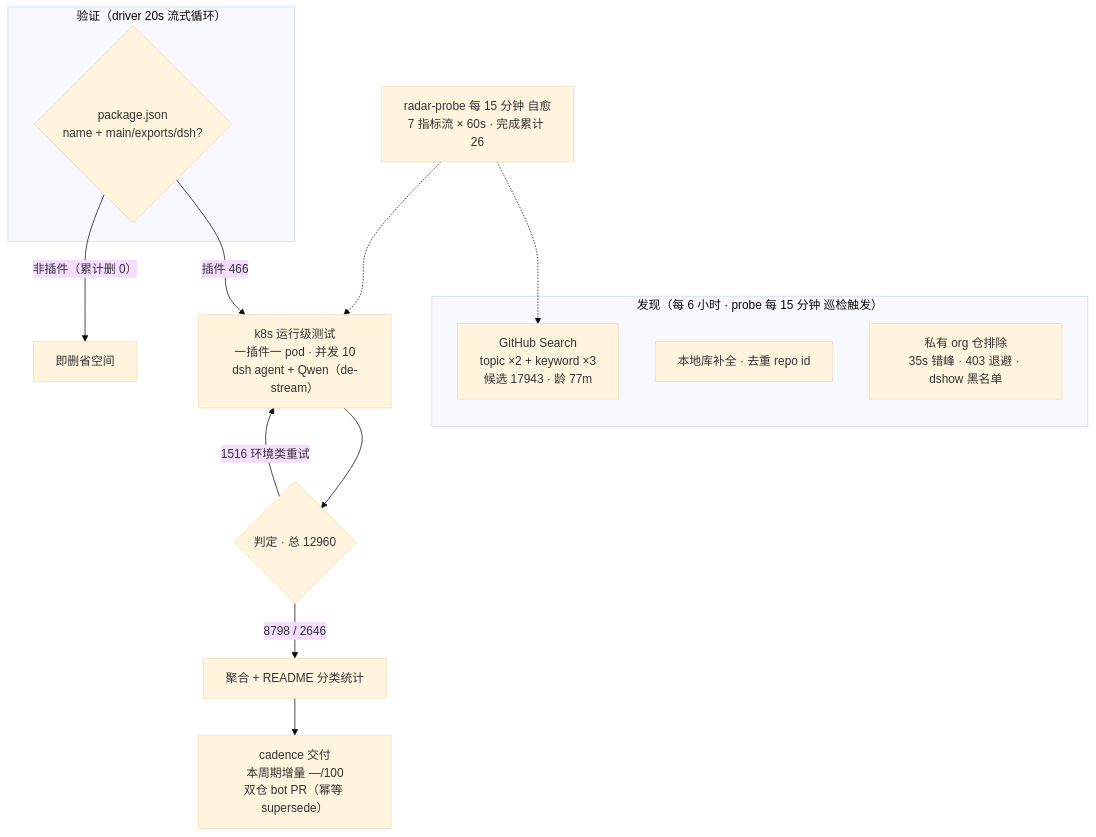
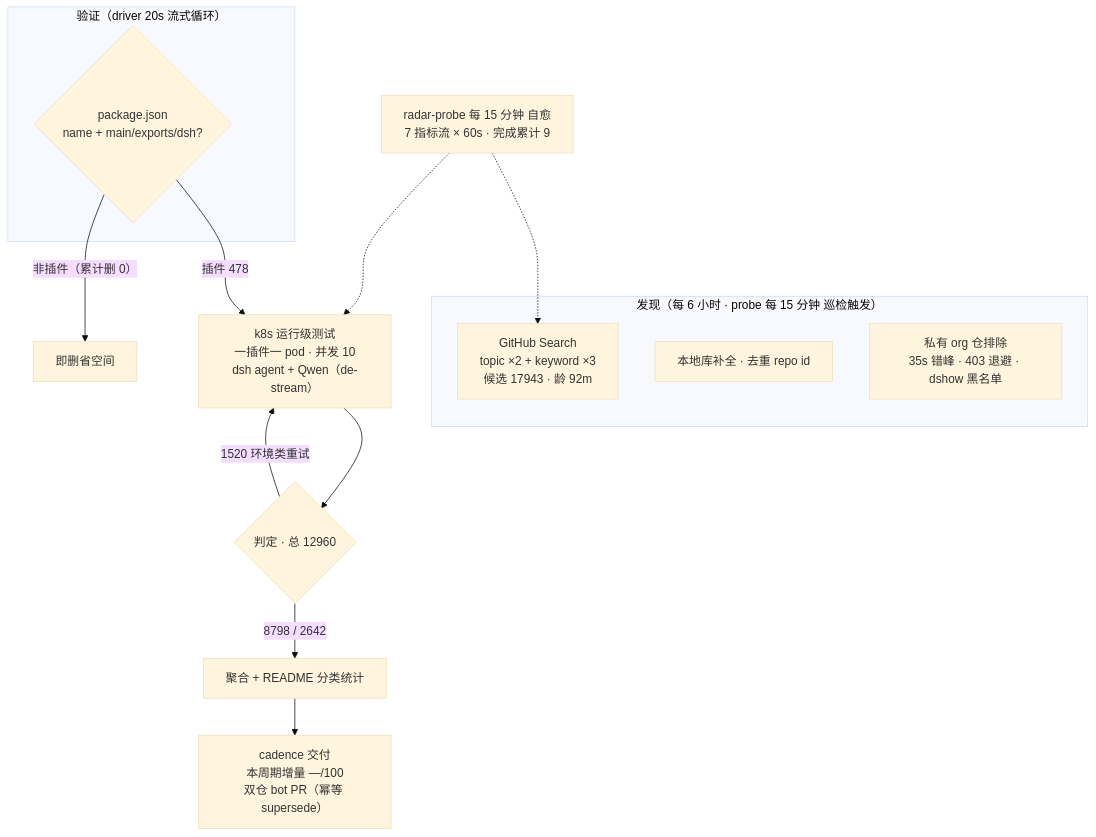
Before and after one commit to AdamPlatin123/awesome-dsh-plugins: the diagram in README.md, drawn with Mermaid (base theme). The commit also changed other lines of this file and 5 other files, not shown here.

````diff
--- a/README.md
+++ b/README.md
@@ -52,20 +52,20 @@
 ```mermaid
 flowchart TB
     subgraph Discovery["发现（每 6 小时 · probe 每 15 分钟 巡检触发）"]
-        A1["GitHub Search<br/>topic ×2 + keyword ×3<br/>候选 17943 · 龄 77m"]
+        A1["GitHub Search<br/>topic ×2 + keyword ×3<br/>候选 17943 · 龄 92m"]
         A2["本地库补全 · 去重 repo id"]
         A3["私有 org 仓排除<br/>35s 错峰 · 403 退避 · dshow 黑名单"]
     end
     subgraph Validation["验证（driver 20s 流式循环）"]
         B1{"package.json<br/>name + main/exports/dsh?"}
     end
-    B1 -->|"插件 466"| C1["k8s 运行级测试<br/>一插件一 pod · 并发 10<br/>dsh agent + Qwen（de-stream）"]
+    B1 -->|"插件 478"| C1["k8s 运行级测试<br/>一插件一 pod · 并发 10<br/>dsh agent + Qwen（de-stream）"]
     B1 -->|"非插件（累计删 0）"| B3["即删省空间"]
     C1 --> D1{"判定 · 总 12960"}
-    D1 -->|"8798 / 2646"| E1["聚合 + README 分类统计"]
-    D1 -->|"1516 环境类重试"| C1
+    D1 -->|"8798 / 2642"| E1["聚合 + README 分类统计"]
+    D1 -->|"1520 环境类重试"| C1
     E1 --> E2["cadence 交付<br/>本周期增量 —/100<br/>双仓 bot PR（幂等 supersede）"]
-    M["radar-probe 每 15 分钟 自愈<br/>7 指标流 × 60s · 完成累计 26"]
+    M["radar-probe 每 15 分钟 自愈<br/>7 指标流 × 60s · 完成累计 9"]
     M -.-> A1
     M -.-> C1
 ```
````
